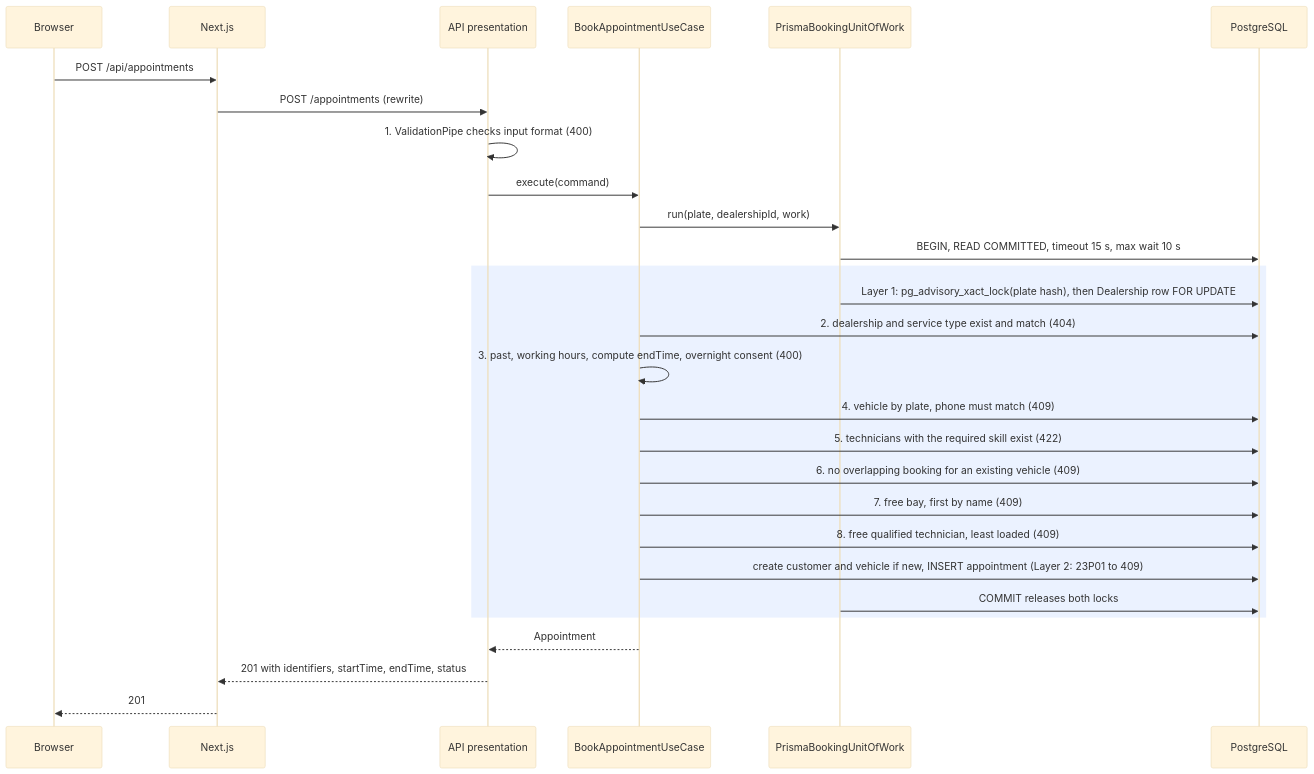
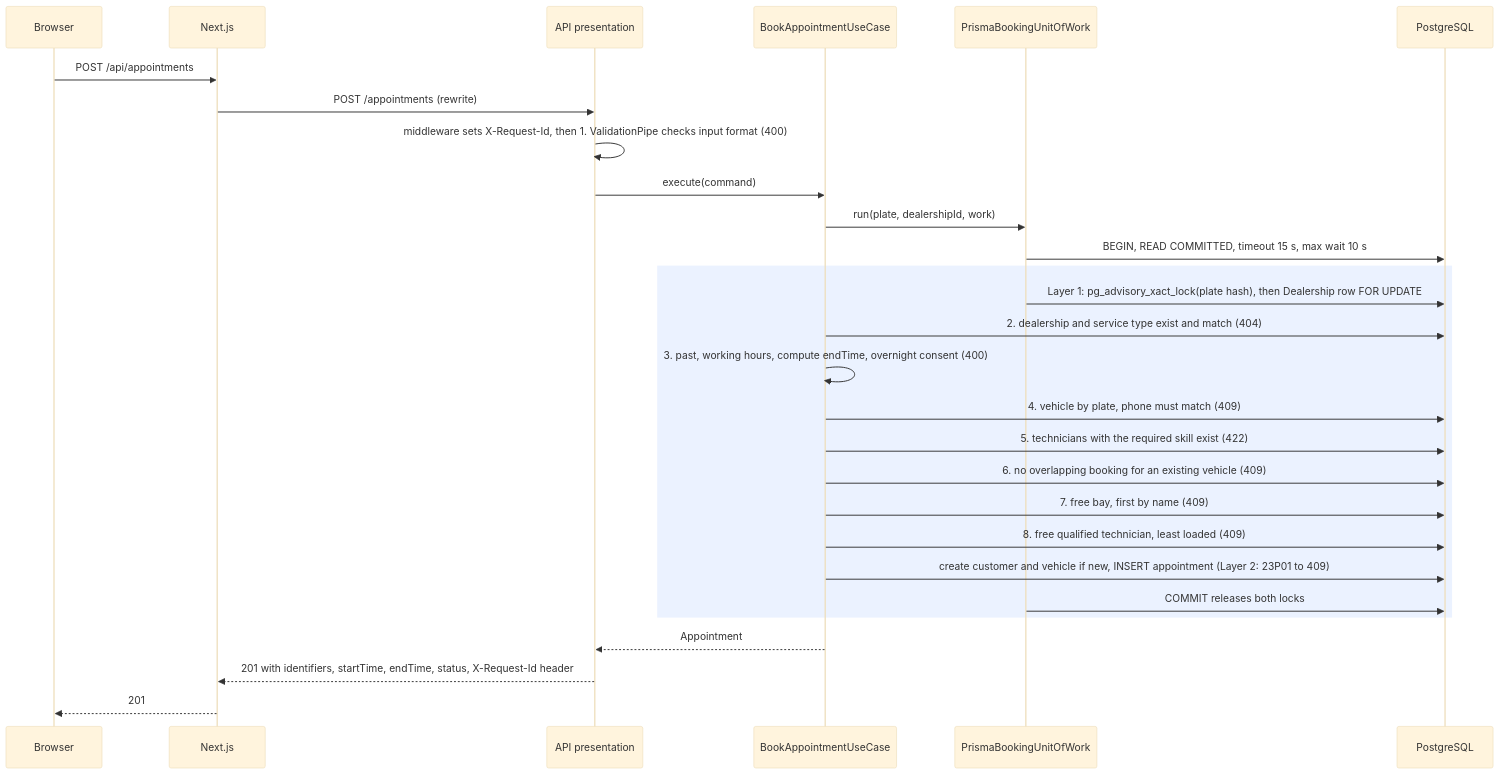
One commit to diz123/unified-service-scheduler changed the third of 3 diagrams in docs/SYSTEM_DESIGN.md. Above: the diagram before and after it, drawn with Mermaid (base theme). The commit also changed other lines of this file and 1 other file, not shown here.

````diff
--- a/docs/SYSTEM_DESIGN.md
+++ b/docs/SYSTEM_DESIGN.md
@@ -74,30 +91,30 @@
 ```mermaid
 sequenceDiagram
   participant B as Browser
   participant N as Next.js
   participant A as API presentation
   participant U as BookAppointmentUseCase
   participant W as PrismaBookingUnitOfWork
   participant DB as PostgreSQL
   B->>N: POST /api/appointments
   N->>A: POST /appointments (rewrite)
-  A->>A: 1. ValidationPipe checks input format (400)
+  A->>A: middleware sets X-Request-Id, then 1. ValidationPipe checks input format (400)
   A->>U: execute(command)
   U->>W: run(plate, dealershipId, work)
   W->>DB: BEGIN, READ COMMITTED, timeout 15 s, max wait 10 s
   rect rgb(235, 242, 255)
     W->>DB: Layer 1: pg_advisory_xact_lock(plate hash), then Dealership row FOR UPDATE
     U->>DB: 2. dealership and service type exist and match (404)
     U->>U: 3. past, working hours, compute endTime, overnight consent (400)
     U->>DB: 4. vehicle by plate, phone must match (409)
     U->>DB: 5. technicians with the required skill exist (422)
     U->>DB: 6. no overlapping booking for an existing vehicle (409)
     U->>DB: 7. free bay, first by name (409)
     U->>DB: 8. free qualified technician, least loaded (409)
     U->>DB: create customer and vehicle if new, INSERT appointment (Layer 2: 23P01 to 409)
     W->>DB: COMMIT releases both locks
   end
   U-->>A: Appointment
-  A-->>N: 201 with identifiers, startTime, endTime, status
+  A-->>N: 201 with identifiers, startTime, endTime, status, X-Request-Id header
   N-->>B: 201
 ```
````
